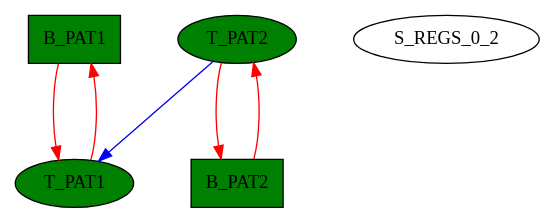
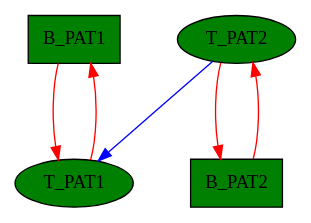
The diagram in modules/ftm/ftmx86/test_refs.dot (GSI-CS-CO/bel_projects), drawn with Graphviz before and after one commit. The commit also changed 2 other files, not shown here.

```diff
--- a/modules/ftm/ftmx86/test_refs.dot
+++ b/modules/ftm/ftmx86/test_refs.dot
@@ -1,19 +1,19 @@
 digraph G {
 graph [root="Demo",rankdir   = TB, nodesep           = 0.6, mindist     = 1.0, ranksep = 1.0, overlap = false]
 node [style     = "filled", fillcolor = "white", color = "black"]
-"B_PAT1"[cpu="0", type="block", tperiod="10000", pattern="PAT1", patentry="false", patexit="true", qlo="true", qhi="false", qil="false", shape     = "rectangle", fillcolor = "green"];
-T_PAT1[cpu="0", type="tmsg", toffs="0", pattern="PAT1", patentry="true", fid="1", gid="200", evtno="259", beamin="0", bpcstart="0", sid="1", bpid="3", reqnobeam="0", vacc="0", par="0x123", tef="0", shape     = "oval", fillcolor = "green"];
+"B_PAT1"[cpu="0", type="block", tperiod="1000000000", pattern="PAT1", patentry="false", patexit="true", qlo="true", qhi="false", qil="false", shape     = "rectangle", fillcolor = "green"];
+T_PAT1[cpu="0", type="tmsg", toffs="0", pattern="PAT1", patentry="true", fid="1", gid="200", evtno="259", beamin="0", bpcstart="0", sid="1", bpid="3", reqnobeam="0", vacc="0", par="0x0000000010000fa0", tef="0", shape     = "oval", fillcolor = "green"];
 T_PAT1->B_PAT1->T_PAT1 [type="defdst", color = "red"];
 
 
-"B_PAT2"[cpu="0", type="block", tperiod="10000", pattern="PAT1", patentry="false", patexit="true", qlo="true", qhi="false", qil="false", shape     = "rectangle", fillcolor = "green"];
-T_PAT2[cpu="0", type="tmsg", toffs="0", pattern="PAT1", patentry="true", fid="1", gid="200", evtno="259", beamin="0", bpcstart="0", sid="1", bpid="3", reqnobeam="0", vacc="0", par="0x456", tef="0", shape     = "oval", fillcolor = "green"];
+"B_PAT2"[cpu="0", type="block", tperiod="1000000000", pattern="PAT2", patentry="false", patexit="true", qlo="true", qhi="false", qil="false", shape     = "rectangle", fillcolor = "green"];
+T_PAT2[cpu="0", type="tmsg", toffs="0", pattern="PAT2", patentry="true", fid="1", gid="200", evtno="259", beamin="0", bpcstart="0", sid="1", bpid="3", reqnobeam="0", vacc="0", par="0x456", tef="0", shape     = "oval", fillcolor = "green"];
 T_PAT2->B_PAT2->T_PAT2 [type="defdst", color = "red"];
 
 
-S_REGS_0_2 [cpu="0", type="static", section="register", thread="1", tOffs="0x8" ];
+//S_REGS_0_2 [cpu="0", type="static", section="register", thread="1", tOffs="0x8" ];
 
-T_PAT2->T_PAT1 [type="reference", color = "blue", fieldtail="0x18", fieldhead="0x10", fieldwidth="32"];
+T_PAT2->T_PAT1 [type="reference", color = "blue", fieldtail="0x10", fieldhead="0x14", fieldwidth="64"];
 
 
 }
```
